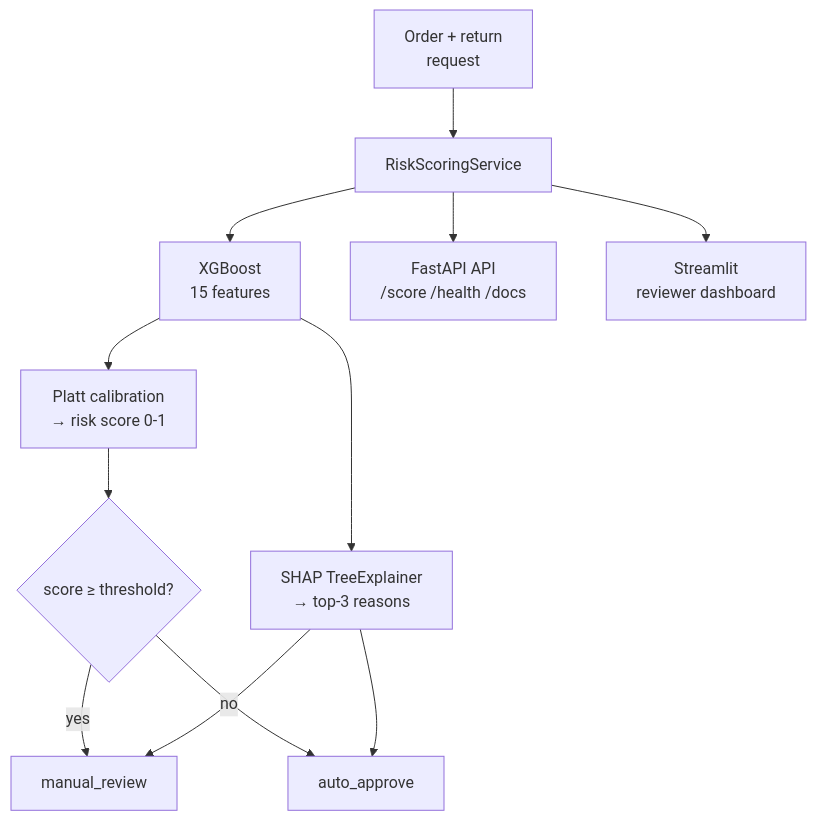
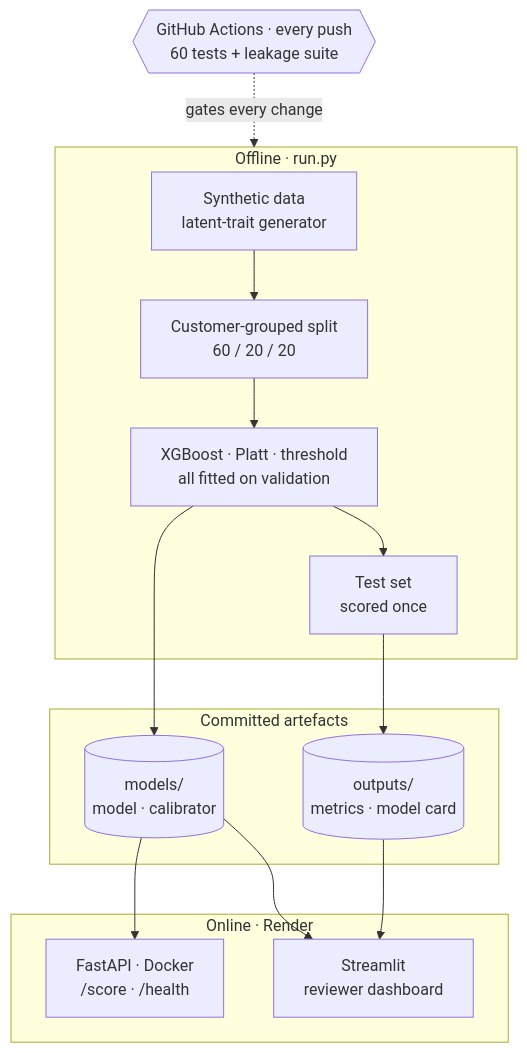
One commit to udaytripathi51/return_risk_scorer changed the first of 3 diagrams in README.md. Above: the diagram before and after it, drawn with Mermaid. The commit also changed other lines of this file and 37 other files, not shown here.

First line of the commit message:
Serve committed model, add leakage positive control, refresh docs

````diff
--- a/README.md
+++ b/README.md
@@ -155,17 +83,27 @@
 ```mermaid
 flowchart TB
-    A["Order + return<br/>request"] --> S["RiskScoringService"]
+    CI{{"GitHub Actions · every push<br/>60 tests + leakage suite"}}
 
-    S --> M1["XGBoost<br/>15 features"]
-    M1 --> M2["Platt calibration<br/>→ risk score 0-1"]
-    M1 --> M3["SHAP TreeExplainer<br/>→ top-3 reasons"]
+    subgraph OFF["Offline · run.py"]
+        G["Synthetic data<br/>latent-trait generator"] --> S["Customer-grouped split<br/>60 / 20 / 20"]
+        S --> X["XGBoost · Platt · threshold<br/>all fitted on validation"]
+        X --> E["Test set<br/>scored once"]
+    end
 
-    M2 --> H{"score ≥ threshold?"}
-    H -->|"yes"| R["manual_review"]
-    H -->|"no"| AP["auto_approve"]
-    M3 --> R
-    M3 --> AP
+    subgraph ART["Committed artefacts"]
+        M[("models/<br/>model · calibrator")]
+        R[("outputs/<br/>metrics · model card")]
+    end
 
-    S --> API["FastAPI API<br/>/score /health /docs"]
-    S --> UI["Streamlit<br/>reviewer dashboard"]
+    subgraph ON["Online · Render"]
+        API["FastAPI · Docker<br/>/score · /health"]
+        UI["Streamlit<br/>reviewer dashboard"]
+    end
+
+    CI -. "gates every change" .-> OFF
+    X --> M
+    E --> R
+    M --> API
+    M --> UI
+    R --> UI
 ```
````
